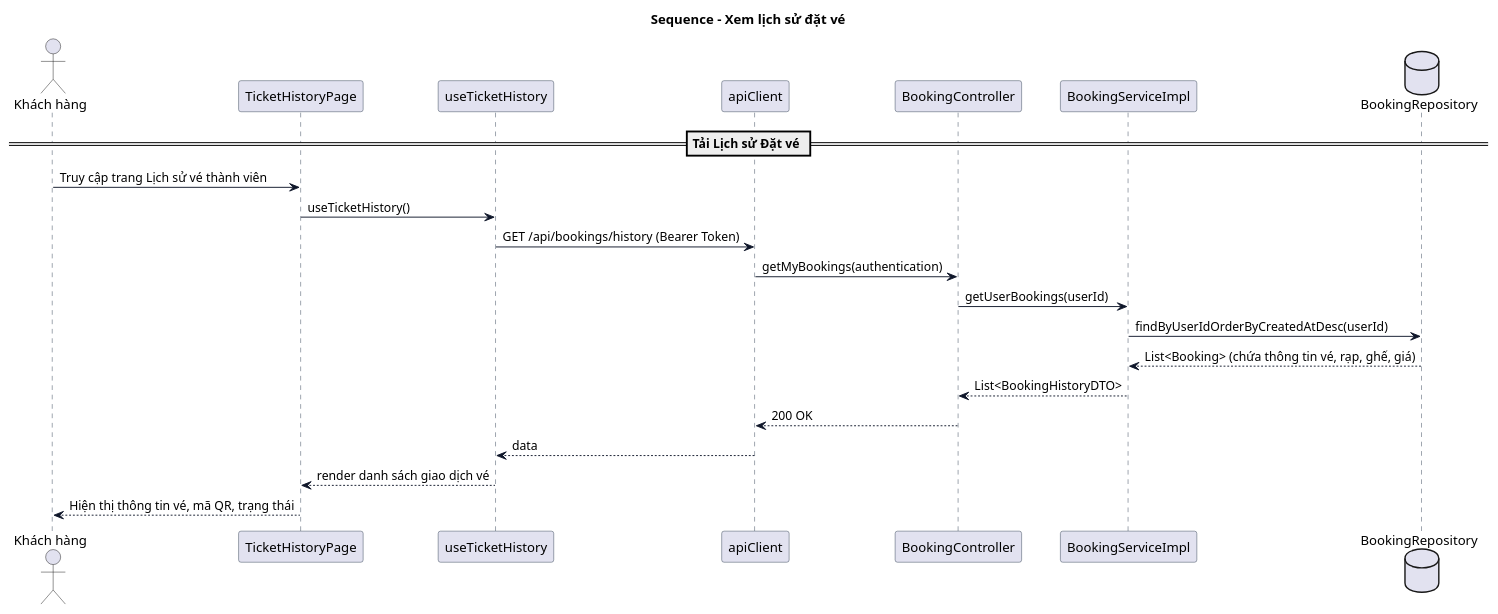
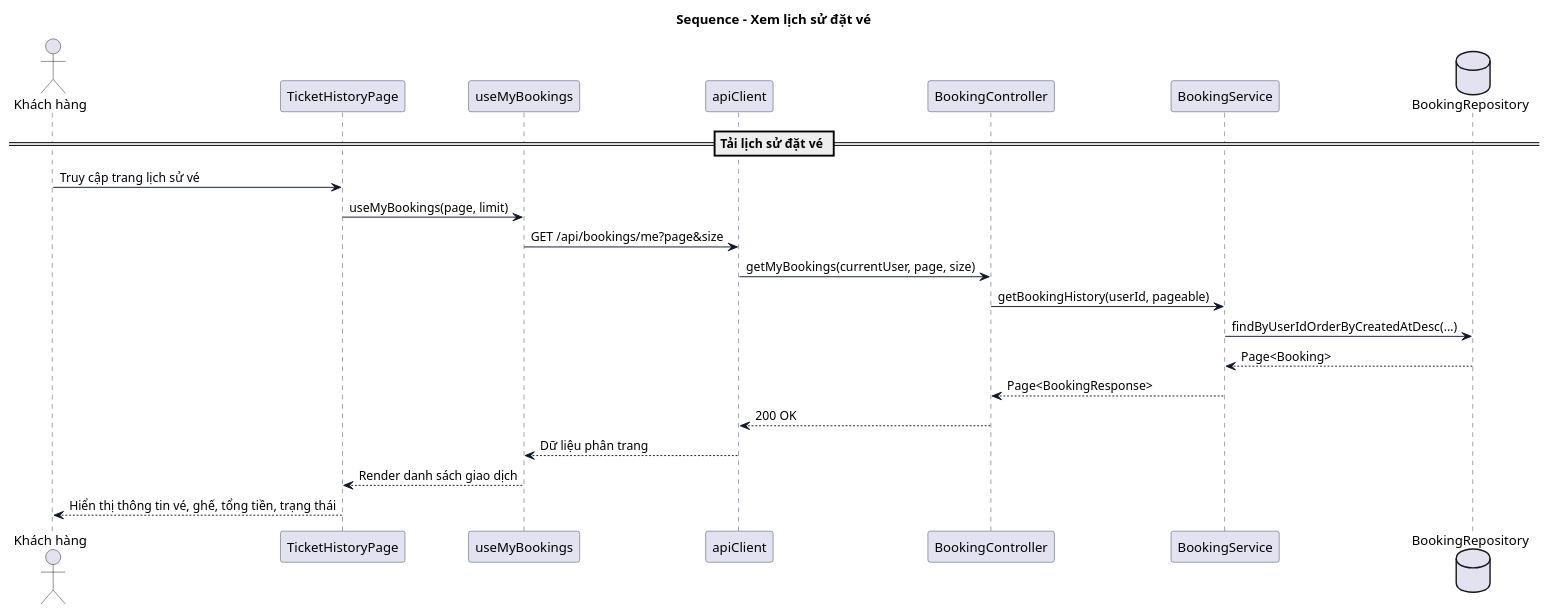
The diagram in uml/sequence/sequence-view-history.puml (minhat5/MeCinema), drawn with PlantUML before and after one commit. The commit also changed other lines of this file and 25 other files, not shown here.

Commit message:
add full uml

```diff
--- a/uml/sequence/sequence-view-history.puml
+++ b/uml/sequence/sequence-view-history.puml
@@ -1,33 +1,33 @@
 @startuml
 skinparam shadowing false
 skinparam sequence {
   ArrowColor #0F172A
   LifeLineBorderColor #334155
   LifeLineBackgroundColor #F8FAFC
   ParticipantBorderColor #334155
 }
 
 title Sequence - Xem lịch sử đặt vé
 
 actor Customer as "Khách hàng"
 participant UI as "TicketHistoryPage"
-participant Hook as "useTicketHistory"
+participant Hook as "useMyBookings"
 participant API as "apiClient"
 participant Ctl as "BookingController"
-participant Svc as "BookingServiceImpl"
+participant Svc as "BookingService"
 database Repo as "BookingRepository"
 
-== Tải Lịch sử Đặt vé ==
-Customer -> UI: Truy cập trang Lịch sử vé thành viên
-UI -> Hook: useTicketHistory()
-Hook -> API: GET /api/bookings/history (Bearer Token)
-API -> Ctl: getMyBookings(authentication)
-Ctl -> Svc: getUserBookings(userId)
-Svc -> Repo: findByUserIdOrderByCreatedAtDesc(userId)
-Repo --> Svc: List<Booking> (chứa thông tin vé, rạp, ghế, giá)
-Svc --> Ctl: List<BookingHistoryDTO>
+== Tải lịch sử đặt vé ==
+Customer -> UI: Truy cập trang lịch sử vé
+UI -> Hook: useMyBookings(page, limit)
+Hook -> API: GET /api/bookings/me?page&size
+API -> Ctl: getMyBookings(currentUser, page, size)
+Ctl -> Svc: getBookingHistory(userId, pageable)
+Svc -> Repo: findByUserIdOrderByCreatedAtDesc(...)
+Repo --> Svc: Page<Booking>
+Svc --> Ctl: Page<BookingResponse>
 Ctl --> API: 200 OK
-API --> Hook: data
-Hook --> UI: render danh sách giao dịch vé
-UI --> Customer: Hiện thị thông tin vé, mã QR, trạng thái
+API --> Hook: Dữ liệu phân trang
+Hook --> UI: Render danh sách giao dịch
+UI --> Customer: Hiển thị thông tin vé, ghế, tổng tiền, trạng thái
 @enduml
```
